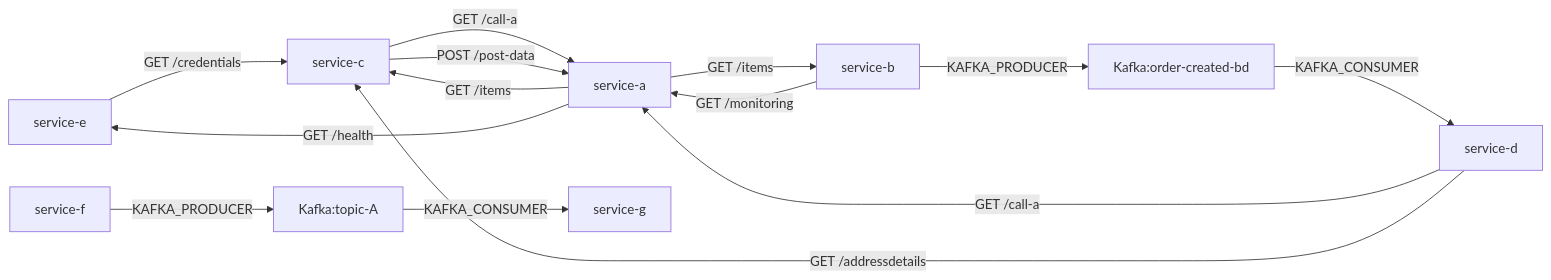
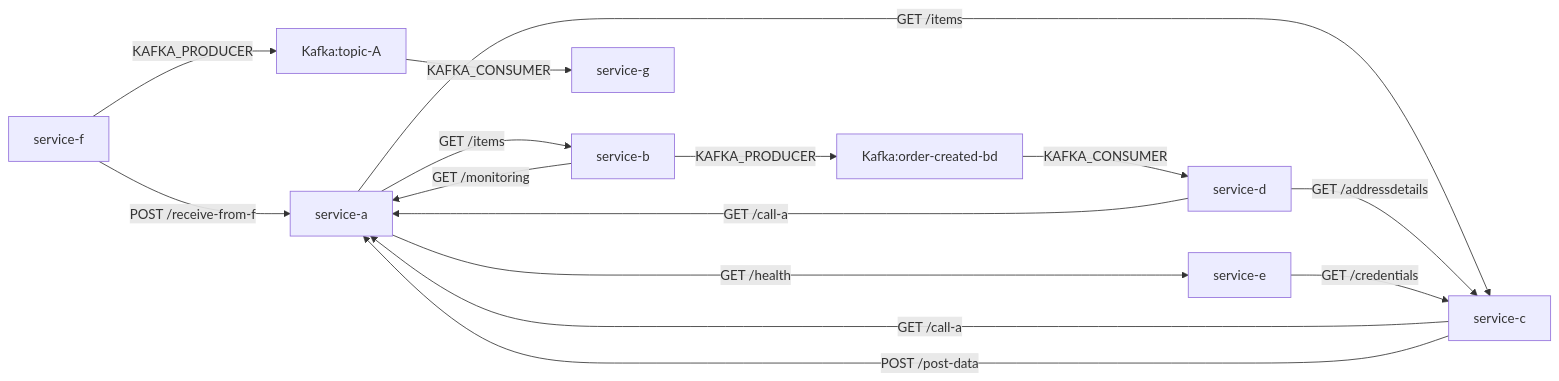
The diagram in output/deps.md (lokesh0507/First_project), drawn with Mermaid before and after one commit. The commit also changed 3 other files, not shown here.

````diff
--- a/output/deps.md
+++ b/output/deps.md
@@ -1,16 +1,17 @@
 ```mermaid
 graph LR
-  service-e -->|GET /credentials| service-c
+  service-a -->|GET /items| service-b
+  service-a -->|GET /items| service-c
+  service-a -->|GET /health| service-e
+  service-b -->|GET /monitoring| service-a
+  service-b -->|KAFKA_PRODUCER| Kafka:order-created-bd
+  service-c -->|GET /call-a| service-a
+  service-c -->|POST /post-data| service-a
   service-d -->|GET /call-a| service-a
   service-d -->|GET /addressdetails| service-c
   Kafka:order-created-bd -->|KAFKA_CONSUMER| service-d
-  service-a -->|GET /items| service-b
-  service-a -->|GET /items| service-c
-  service-a -->|GET /health| service-e
-  service-c -->|GET /call-a| service-a
-  service-c -->|POST /post-data| service-a
-  service-b -->|GET /monitoring| service-a
-  service-b -->|KAFKA_PRODUCER| Kafka:order-created-bd
+  service-e -->|GET /credentials| service-c
+  service-f -->|POST /receive-from-f| service-a
+  service-f -->|KAFKA_PRODUCER| Kafka:topic-A
   Kafka:topic-A -->|KAFKA_CONSUMER| service-g
-  service-f -->|KAFKA_PRODUCER| Kafka:topic-A
 ```
````
